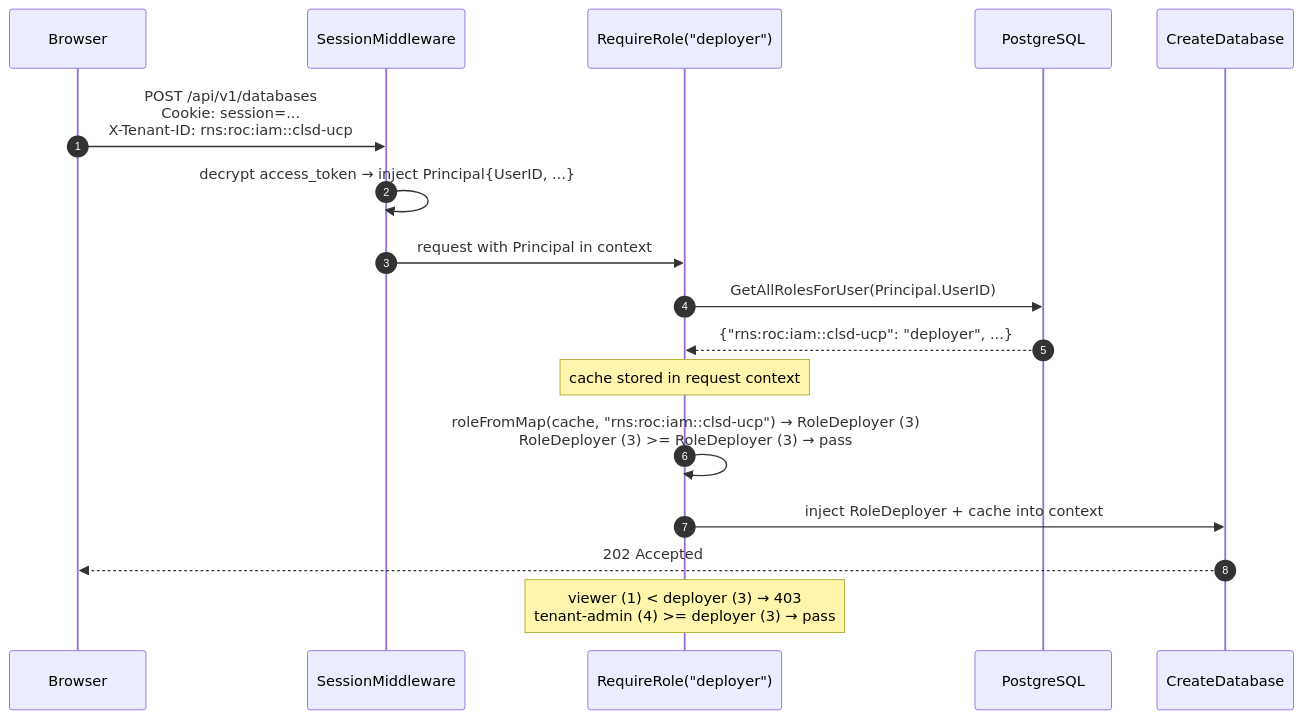
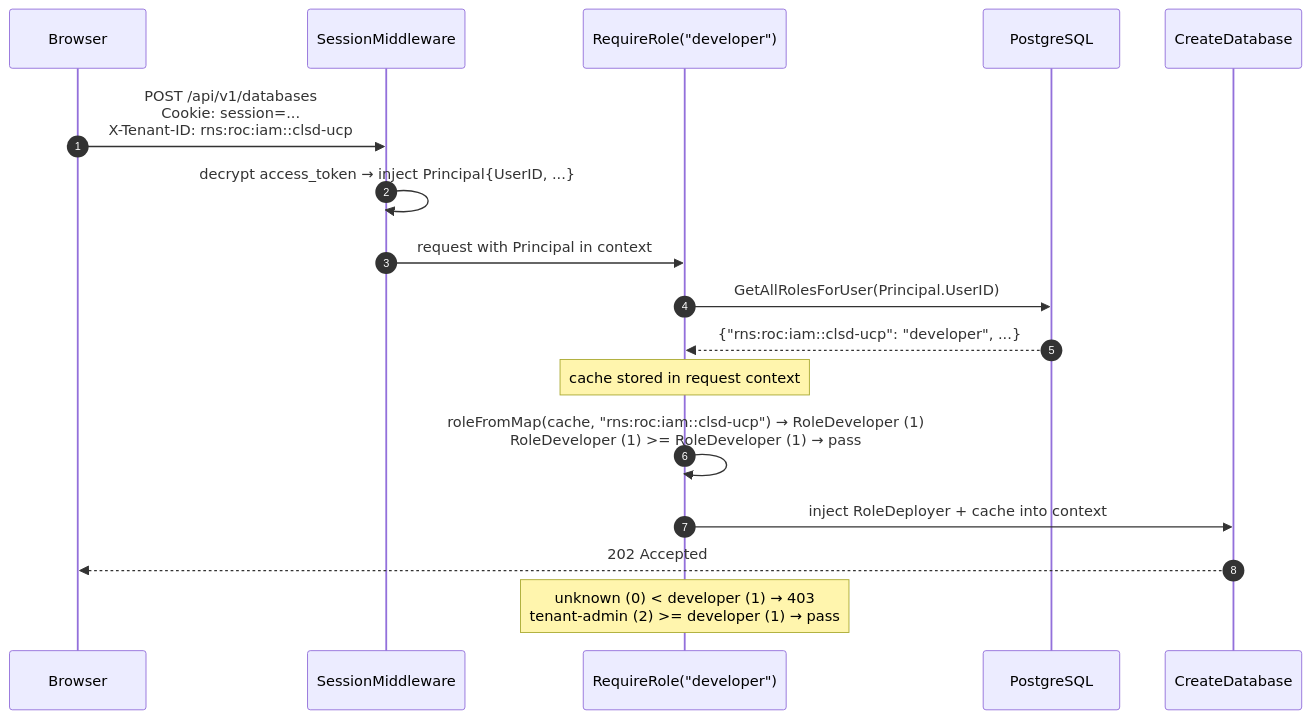
Before and after one commit to aripermana-putra/ucp-docs-collection: the third of 5 diagrams in docs/projects/universal-control-plane-ucp/pocs/rbac/implementation.md, drawn with Mermaid. The commit also changed other lines of this file and 1 other file, not shown here.

````diff
--- a/docs/projects/universal-control-plane-ucp/pocs/rbac/implementation.md
+++ b/docs/projects/universal-control-plane-ucp/pocs/rbac/implementation.md
@@ -336,25 +365,25 @@
 ```mermaid
 sequenceDiagram
     autonumber
 
     participant Browser
     participant Session as SessionMiddleware
-    participant Middleware as RequireRole("deployer")
+    participant Middleware as RequireRole("developer")
     participant DB as PostgreSQL
     participant Handler as CreateDatabase
 
     Browser->>Session: POST /api/v1/databases<br/>Cookie: session=...<br/>X-Tenant-ID: rns:roc:iam::clsd-ucp
     Session->>Session: decrypt access_token → inject Principal{UserID, ...}
     Session->>Middleware: request with Principal in context
 
     Middleware->>DB: GetAllRolesForUser(Principal.UserID)
-    DB-->>Middleware: {"rns:roc:iam::clsd-ucp": "deployer", ...}
+    DB-->>Middleware: {"rns:roc:iam::clsd-ucp": "developer", ...}
     Note over Middleware: cache stored in request context
 
-    Middleware->>Middleware: roleFromMap(cache, "rns:roc:iam::clsd-ucp") → RoleDeployer (3)<br/>RoleDeployer (3) >= RoleDeployer (3) → pass
+    Middleware->>Middleware: roleFromMap(cache, "rns:roc:iam::clsd-ucp") → RoleDeveloper (1)<br/>RoleDeveloper (1) >= RoleDeveloper (1) → pass
 
     Middleware->>Handler: inject RoleDeployer + cache into context
     Handler-->>Browser: 202 Accepted
 
-    note over Middleware: viewer (1) < deployer (3) → 403<br/>tenant-admin (4) >= deployer (3) → pass
+    note over Middleware: unknown (0) < developer (1) → 403<br/>tenant-admin (2) >= developer (1) → pass
 ```
````
